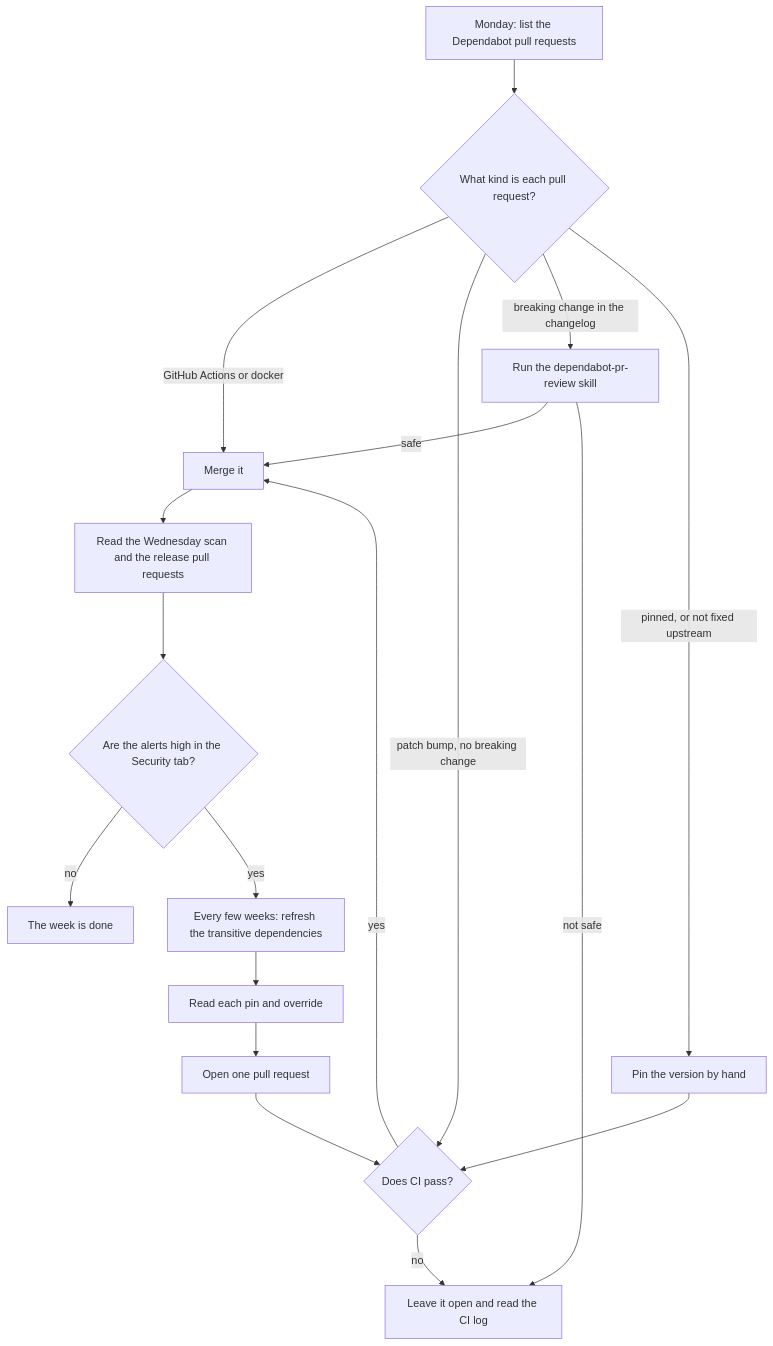
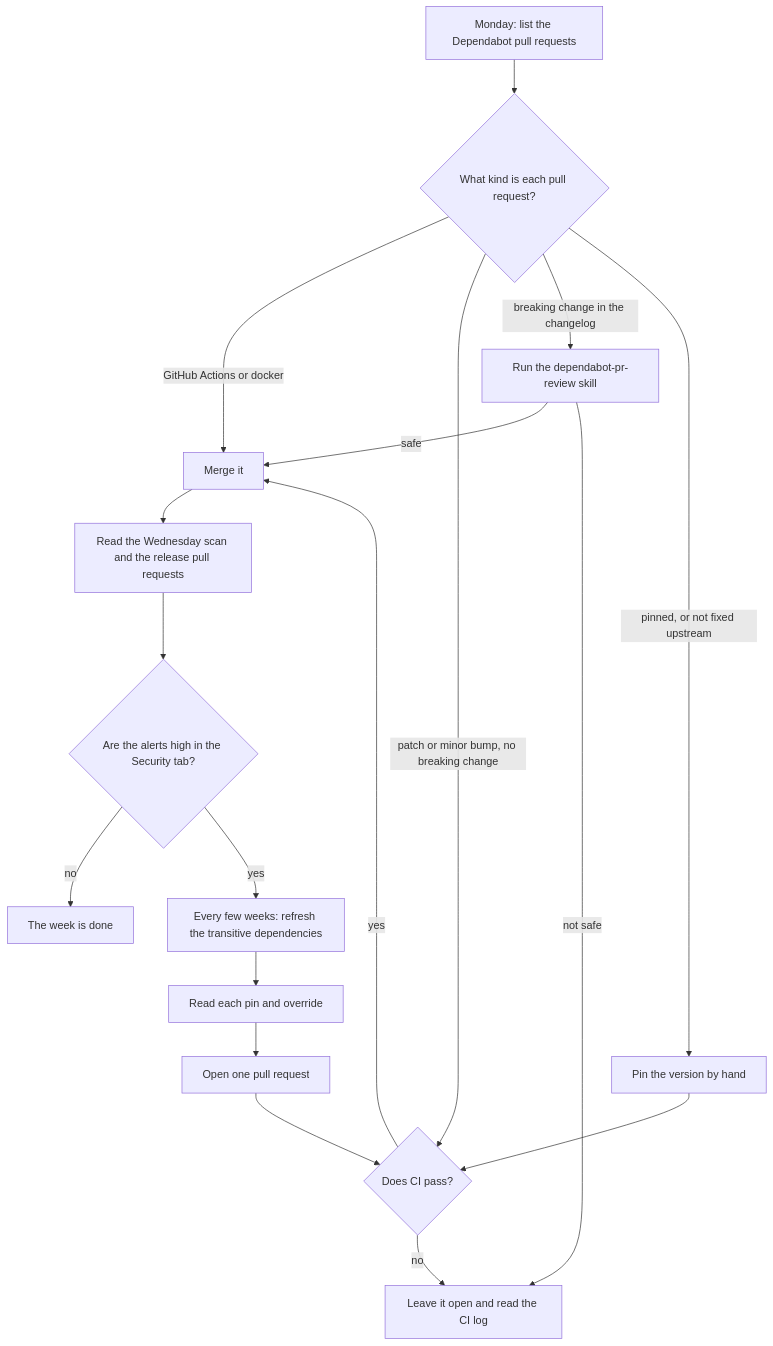
Before and after one commit to Unique-AG/connectors: the fourth of 5 diagrams in SECURITY-PROCESS.md, drawn with Mermaid. The commit also changed other lines of this file, not shown here.

Commit message:
docs(main): merge minor bumps like patch bumps, drop the upgrade commands

````diff
--- a/SECURITY-PROCESS.md
+++ b/SECURITY-PROCESS.md
@@ -259,20 +259,20 @@
 ```mermaid
 flowchart TD
   monday[Monday: list the Dependabot pull requests] --> kind{What kind is each pull request?}
   kind -->|GitHub Actions or docker| merge[Merge it]
-  kind -->|patch bump, no breaking change| ci{Does CI pass?}
+  kind -->|patch or minor bump, no breaking change| ci{Does CI pass?}
   kind -->|breaking change in the changelog| skill[Run the dependabot-pr-review skill]
   kind -->|pinned, or not fixed upstream| pin[Pin the version by hand]
   ci -->|yes| merge
   ci -->|no| hold[Leave it open and read the CI log]
   skill -->|safe| merge
   skill -->|not safe| hold
   pin --> ci
   merge --> scan[Read the Wednesday scan and the release pull requests]
   scan --> alerts{Are the alerts high in the Security tab?}
   alerts -->|no| done[The week is done]
   alerts -->|yes| refresh[Every few weeks: refresh the transitive dependencies]
   refresh --> pins[Read each pin and override]
   pins --> onepr[Open one pull request]
   onepr --> ci
 ```
````
